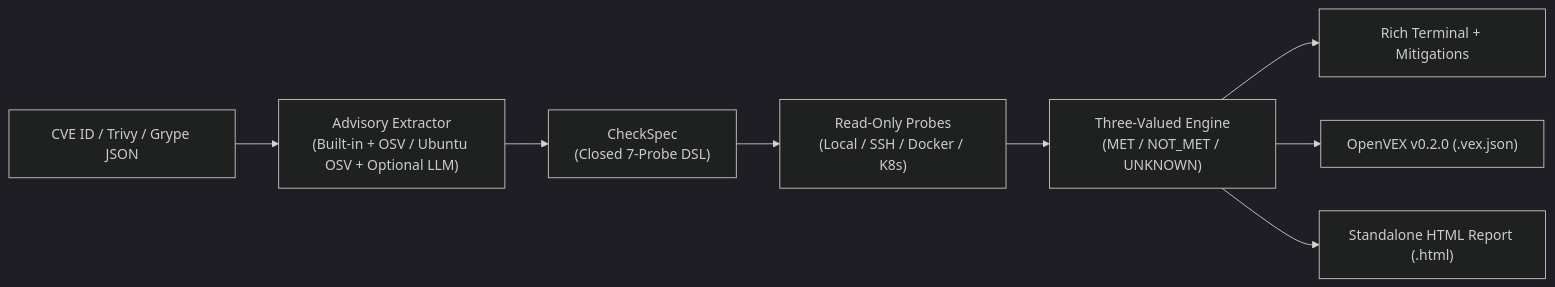
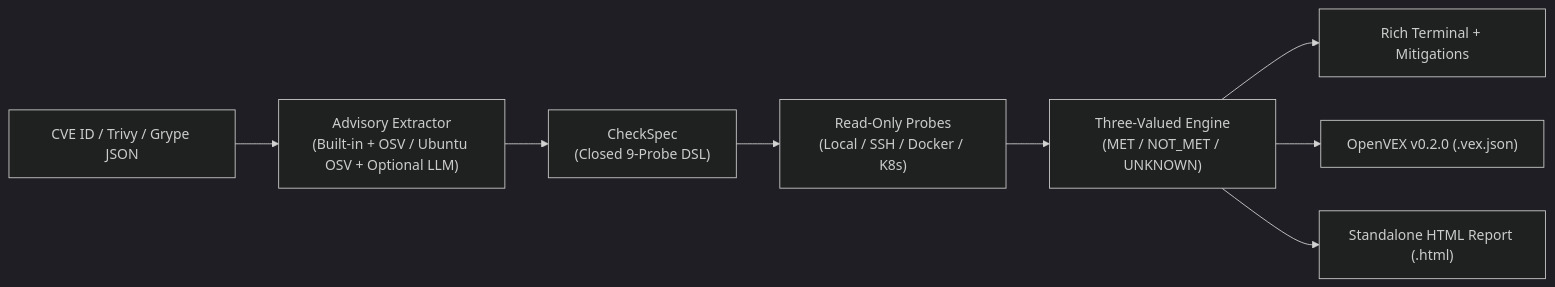
One commit to KatsaounisThanasis/notaffected changed the diagram in README.md. Above: the diagram before and after it, drawn with Mermaid (dark theme). The commit also changed other lines of this file and 14 other files, not shown here.

Commit message:
Release v0.3.0: command caching, process/config probes, live APT patch tracker, and LLM schema hardening

````diff
--- a/README.md
+++ b/README.md
@@ -20,10 +20,10 @@
 ```mermaid
 flowchart LR
     A["CVE ID / Trivy / Grype JSON"] --> B["Advisory Extractor\n(Built-in + OSV / Ubuntu OSV + Optional LLM)"]
-    B --> C["CheckSpec\n(Closed 7-Probe DSL)"]
+    B --> C["CheckSpec\n(Closed 9-Probe DSL)"]
     C --> D["Read-Only Probes\n(Local / SSH / Docker / K8s)"]
     D --> E["Three-Valued Engine\n(MET / NOT_MET / UNKNOWN)"]
     E --> F["Rich Terminal + Mitigations"]
     E --> G["OpenVEX v0.2.0 (.vex.json)"]
     E --> H["Standalone HTML Report (.html)"]
 ```
````
